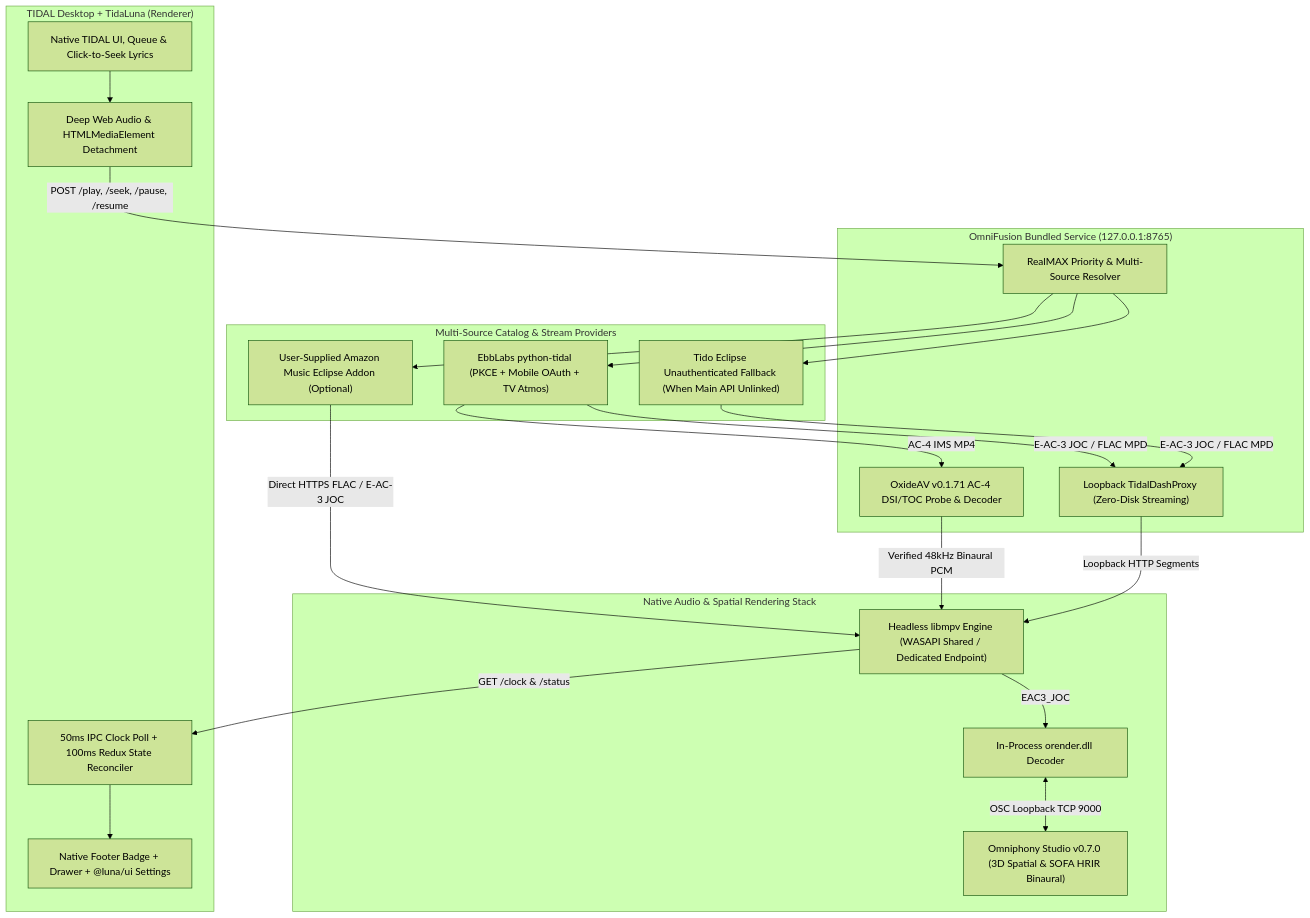
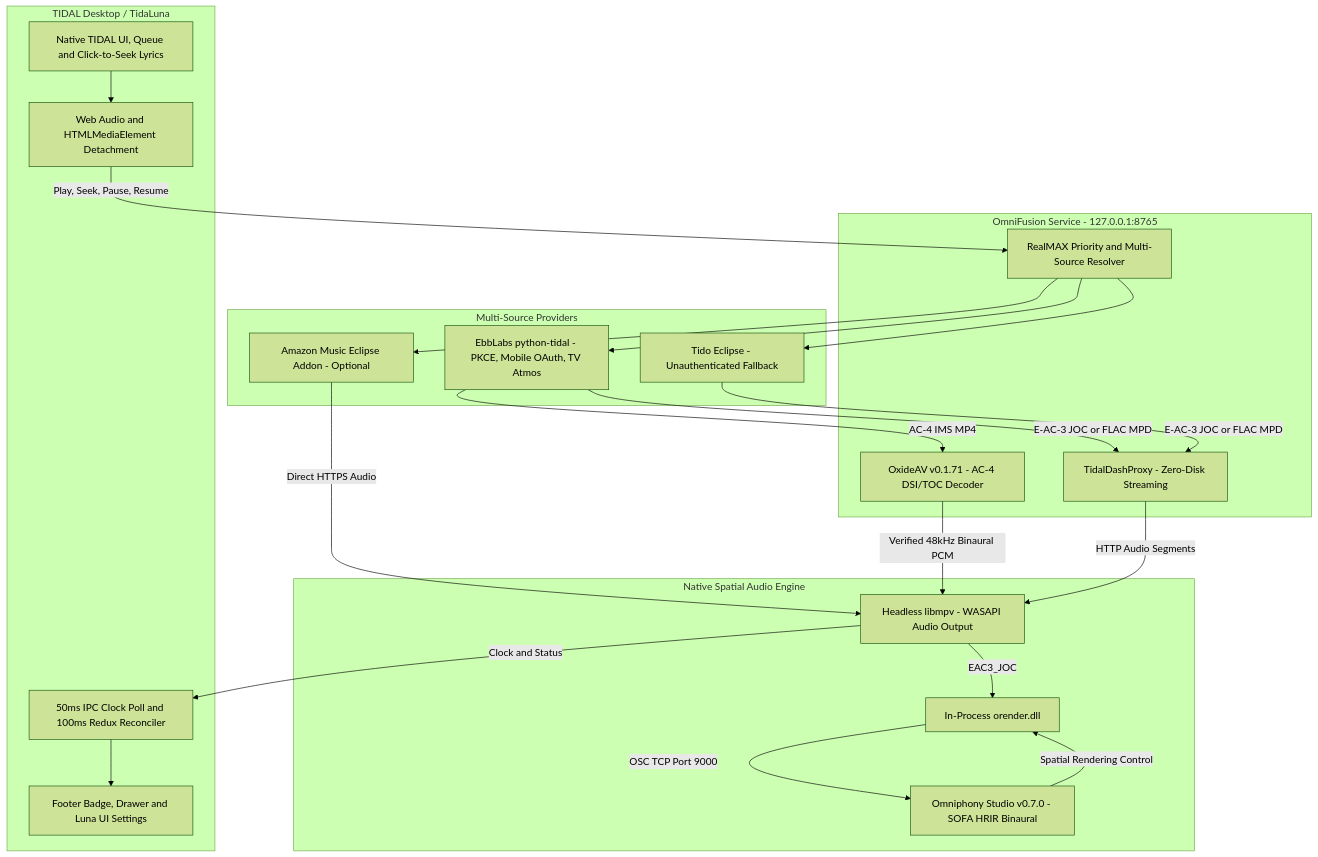
One commit to Cxsmo-ai/Omniphony-EX-Audio-Engine-plugin-for-TIDAL-Luna changed the diagram in README.md. Above: the diagram before and after it, drawn with Mermaid (forest theme).

Commit message:
Refactor architecture diagram for clarity and consistency

````diff
--- a/README.md
+++ b/README.md
@@ -82,43 +82,50 @@
 ```mermaid
+
 flowchart TD
-    subgraph TIDAL["TIDAL Desktop + TidaLuna (Renderer)"]
-        UI["Native TIDAL UI, Queue & Click-to-Seek Lyrics"]
-        DETACH["Deep Web Audio & HTMLMediaElement Detachment"]
-        SYNC["50ms IPC Clock Poll + 100ms Redux State Reconciler"]
-        BADGE["Native Footer Badge + Drawer + @luna/ui Settings"]
+    subgraph TIDAL["TIDAL Desktop / TidaLuna"]
+        UI["Native TIDAL UI, Queue and Click-to-Seek Lyrics"]
+        DETACH["Web Audio and HTMLMediaElement Detachment"]
+        SYNC["50ms IPC Clock Poll and 100ms Redux Reconciler"]
+        BADGE["Footer Badge, Drawer and Luna UI Settings"]
     end
 
-    subgraph SERVICE["OmniFusion Bundled Service (127.0.0.1:8765)"]
-        PRIO["RealMAX Priority & Multi-Source Resolver"]
-        DASH["Loopback TidalDashProxy (Zero-Disk Streaming)"]
-        OXIDE["OxideAV v0.1.71 AC-4 DSI/TOC Probe & Decoder"]
+    subgraph SERVICE["OmniFusion Service - 127.0.0.1:8765"]
+        PRIO["RealMAX Priority and Multi-Source Resolver"]
+        DASH["TidalDashProxy - Zero-Disk Streaming"]
+        OXIDE["OxideAV v0.1.71 - AC-4 DSI/TOC Decoder"]
     end
 
-    subgraph SOURCES["Multi-Source Catalog & Stream Providers"]
-        EBB["EbbLabs python-tidal (PKCE + Mobile OAuth + TV Atmos)"]
-        AMZM["User-Supplied Amazon Music Eclipse Addon (Optional)"]
-        TIDO["Tido Eclipse Unauthenticated Fallback (When Main API Unlinked)"]
+    subgraph SOURCES["Multi-Source Providers"]
+        EBB["EbbLabs python-tidal - PKCE, Mobile OAuth, TV Atmos"]
+        AMZM["Amazon Music Eclipse Addon - Optional"]
+        TIDO["Tido Eclipse - Unauthenticated Fallback"]
     end
 
-    subgraph ENGINE["Native Audio & Spatial Rendering Stack"]
-        MPV["Headless libmpv Engine (WASAPI Shared / Dedicated Endpoint)"]
-        ORENDER["In-Process orender.dll Decoder"]
-        STUDIO["Omniphony Studio v0.7.0 (3D Spatial & SOFA HRIR Binaural)"]
+    subgraph ENGINE["Native Spatial Audio Engine"]
+        MPV["Headless libmpv - WASAPI Audio Output"]
+        ORENDER["In-Process orender.dll"]
+        STUDIO["Omniphony Studio v0.7.0 - SOFA HRIR Binaural"]
     end
 
     UI --> DETACH
-    DETACH -->|POST /play, /seek, /pause, /resume| PRIO
+    DETACH -->|"Play, Seek, Pause, Resume"| PRIO
+
     PRIO --> EBB
     PRIO --> AMZM
     PRIO --> TIDO
-    EBB -->|AC-4 IMS MP4| OXIDE
-    EBB -->|E-AC-3 JOC / FLAC MPD| DASH
-    TIDO -->|E-AC-3 JOC / FLAC MPD| DASH
-    AMZM -->|Direct HTTPS FLAC / E-AC-3 JOC| MPV
-    OXIDE -->|Verified 48kHz Binaural PCM| MPV
-    DASH -->|Loopback HTTP Segments| MPV
-    MPV -->|EAC3_JOC| ORENDER
-    ORENDER <-->|OSC Loopback TCP 9000| STUDIO
-    MPV -->|GET /clock & /status| SYNC
+
+    EBB -->|"AC-4 IMS MP4"| OXIDE
+    EBB -->|"E-AC-3 JOC or FLAC MPD"| DASH
+    TIDO -->|"E-AC-3 JOC or FLAC MPD"| DASH
+    AMZM -->|"Direct HTTPS Audio"| MPV
+
+    OXIDE -->|"Verified 48kHz Binaural PCM"| MPV
+    DASH -->|"HTTP Audio Segments"| MPV
+
+    MPV -->|"EAC3_JOC"| ORENDER
+    ORENDER -->|"OSC TCP Port 9000"| STUDIO
+    STUDIO -->|"Spatial Rendering Control"| ORENDER
+
+    MPV -->|"Clock and Status"| SYNC
     SYNC --> BADGE
 ```
````
